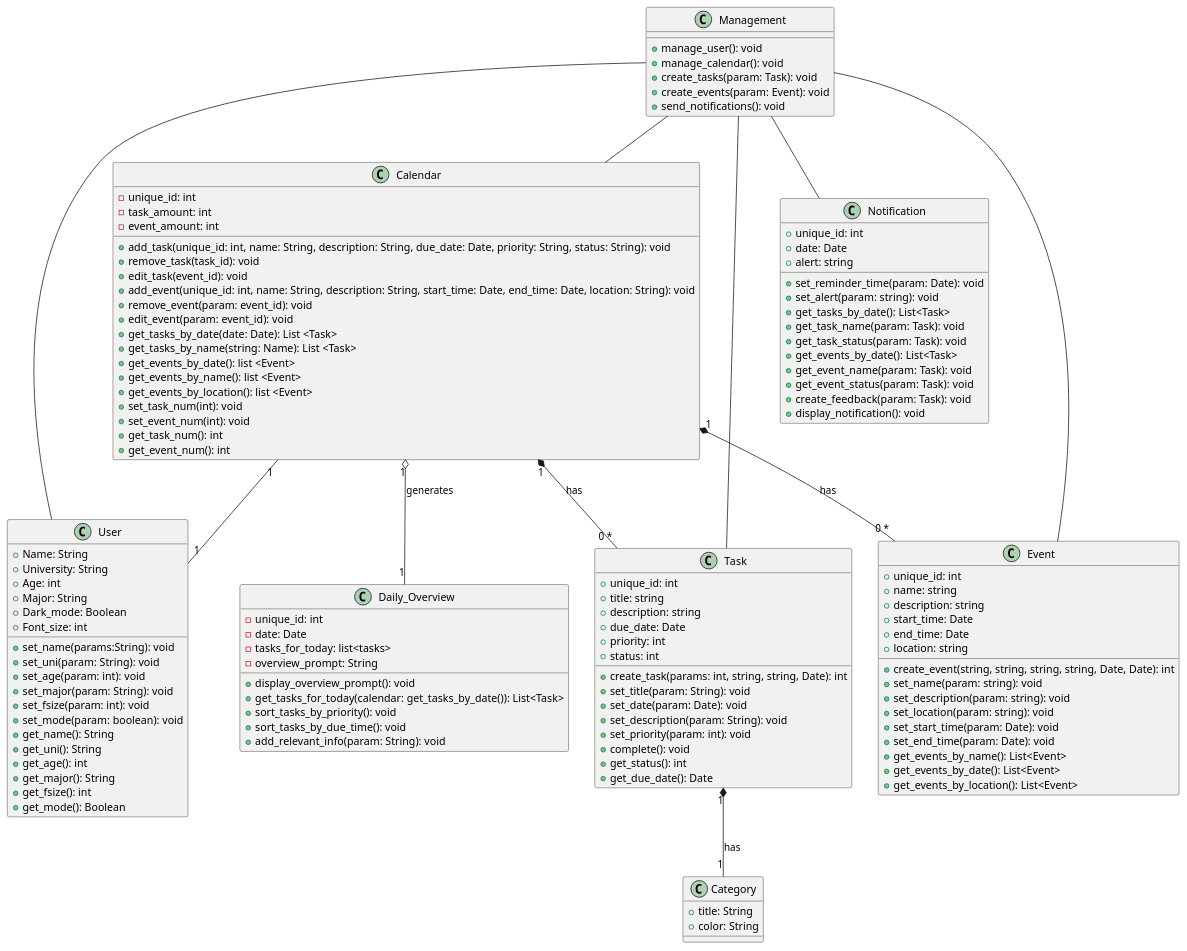
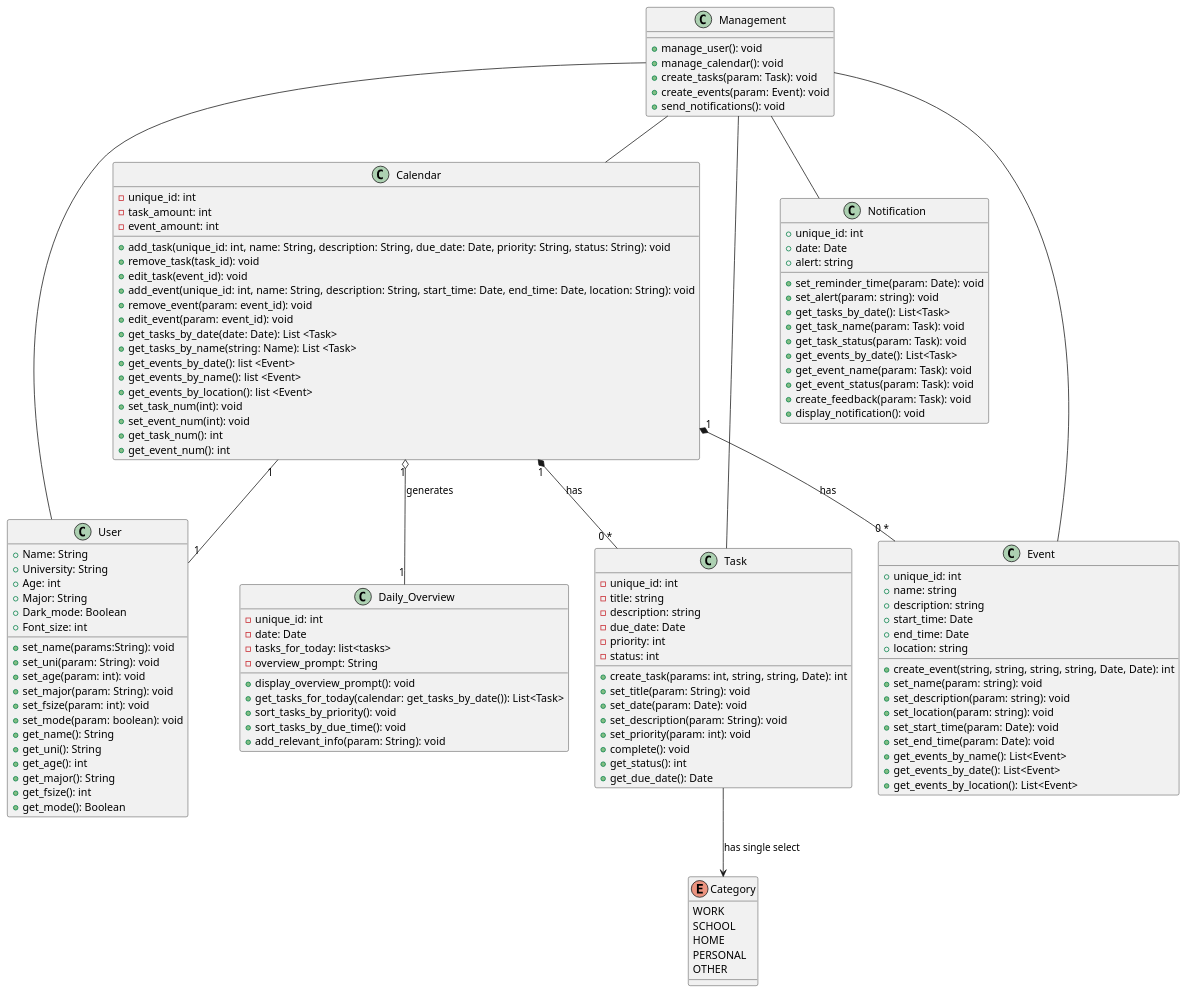
The diagram in assignment6/Diagram.puml (CS361-2024Fall-Term/Innovators), drawn with PlantUML before and after one commit. The commit also changed 1 other file, not shown here.

Commit message:
Updated task and category

```diff
--- a/assignment6/Diagram.puml
+++ b/assignment6/Diagram.puml
@@ -1,137 +1,140 @@
 @startuml
 
 class User {
   +Name: String
   +University: String
   +Age: int
   +Major: String
   +Dark_mode: Boolean
   +Font_size: int
   +set_name(params:String): void
   +set_uni(param: String): void
   +set_age(param: int): void
   +set_major(param: String): void
   +set_fsize(param: int): void
   +set_mode(param: boolean): void
   +get_name(): String
   +get_uni(): String
   +get_age(): int
   +get_major(): String
   +get_fsize(): int
   +get_mode(): Boolean
  
 }
 
 class Calendar {
   -unique_id: int  
   -task_amount: int
   -event_amount: int
   +add_task(unique_id: int, name: String, description: String, due_date: Date, priority: String, status: String): void
   +remove_task(task_id): void
   +edit_task(event_id): void
   +add_event(unique_id: int, name: String, description: String, start_time: Date, end_time: Date, location: String): void
   +remove_event(param: event_id): void
   +edit_event(param: event_id): void
   +get_tasks_by_date(date: Date): List <Task>
   +get_tasks_by_name(string: Name): List <Task>
   +get_events_by_date(): list <Event>
   +get_events_by_name(): list <Event>
   +get_events_by_location(): list <Event>
   +set_task_num(int): void
   +set_event_num(int): void
   +get_task_num(): int
   +get_event_num(): int
 }
 
 class Task {
-  +unique_id: int
-  +title: string
-  +description: string
-  +due_date: Date
-  +priority: int
-  +status: int
+  -unique_id: int
+  -title: string
+  -description: string
+  -due_date: Date
+  -priority: int
+  -status: int
   +create_task(params: int, string, string, Date): int
   +set_title(param: String): void
   +set_date(param: Date): void
   +set_description(param: String): void
   +set_priority(param: int): void
   +complete(): void
   +get_status(): int
   +get_due_date(): Date
 }
 
-class Category {
-  +title: String
-  +color: String
+enum Category {
+  WORK
+  SCHOOL
+  HOME
+  PERSONAL
+  OTHER
 }
 
 class Notification {
   +unique_id: int  
   +date: Date
   +alert: string
   
   +set_reminder_time(param: Date): void
   +set_alert(param: string): void
   +get_tasks_by_date(): List<Task>
   +get_task_name(param: Task): void
   +get_task_status(param: Task): void
   +get_events_by_date(): List<Task>
   +get_event_name(param: Task): void
   +get_event_status(param: Task): void
   +create_feedback(param: Task): void
   +display_notification(): void
 }
 
 class Event {
   +unique_id: int  
   +name: string
   +description: string
   +start_time: Date
   +end_time: Date
   +location: string
   +create_event(string, string, string, string, Date, Date): int
   +set_name(param: string): void
   +set_description(param: string): void
   +set_location(param: string): void
   +set_start_time(param: Date): void
   +set_end_time(param: Date): void
   +get_events_by_name(): List<Event>
   +get_events_by_date(): List<Event>
   +get_events_by_location(): List<Event>
 }
 
 class Daily_Overview {
     -unique_id: int
     -date: Date
     -tasks_for_today: list<tasks>
     -overview_prompt: String
 
     +display_overview_prompt(): void
     +get_tasks_for_today(calendar: get_tasks_by_date()): List<Task>
     +sort_tasks_by_priority(): void
     +sort_tasks_by_due_time(): void
     +add_relevant_info(param: String): void
 }
 
 class Management {
   +manage_user(): void
   +manage_calendar(): void
   +create_tasks(param: Task): void
   +create_events(param: Event): void
   +send_notifications(): void
 }
 
 Management -- User
 Management -- Calendar
 Management -- Task
 Management -- Event
 Management -- Notification
 
 Calendar "1" -- "1" User
 Calendar "1" *-- "0 *" Task : "has"
 Calendar "1" *-- "0 *" Event : "has"
 Calendar "1" o-- "1" Daily_Overview : "generates"
-Task "1" *-- "1" Category : "has"
+Task --> Category : "has single select"
 
 
 @enduml
```
